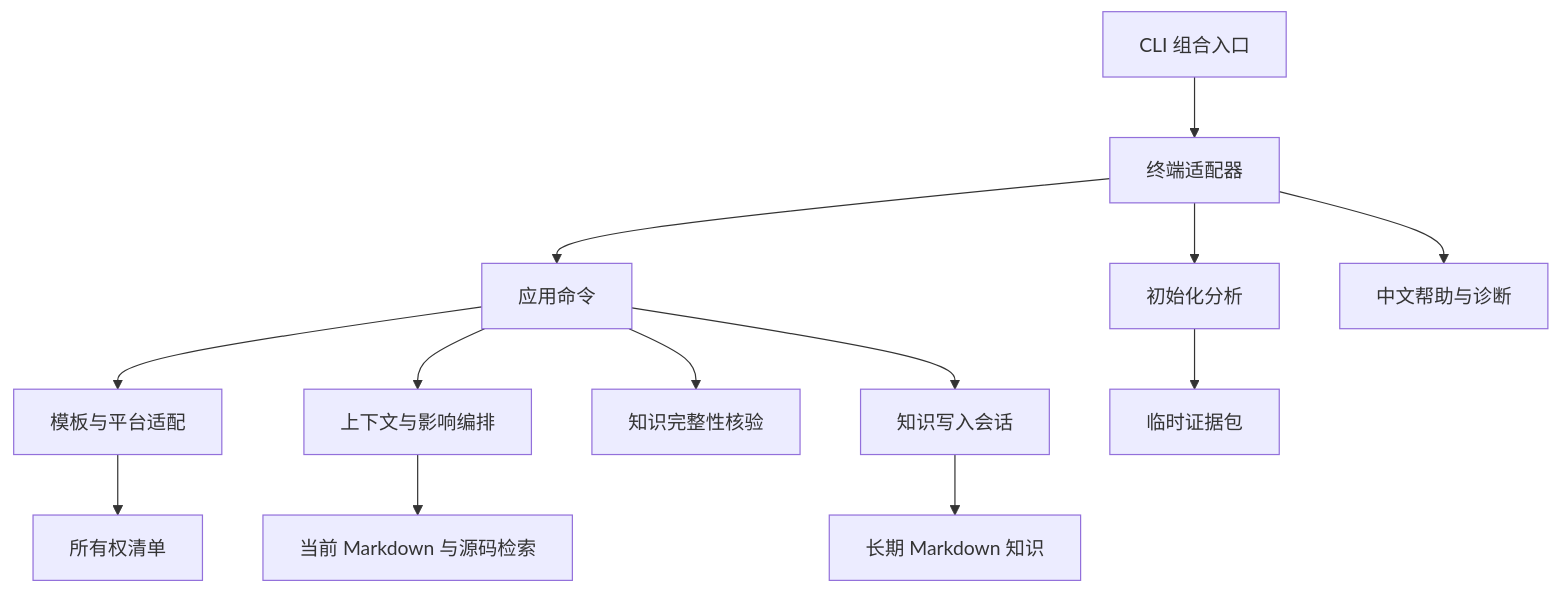
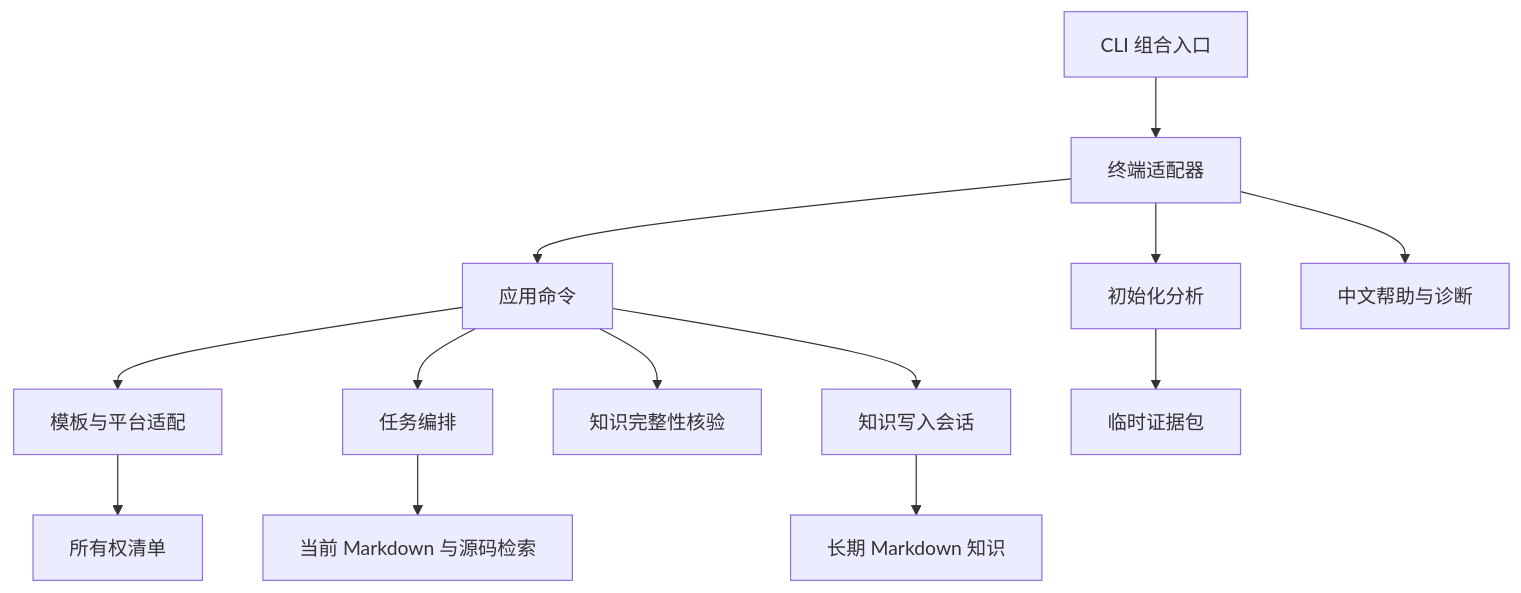
Before and after one commit to tencentmusic/modus: the diagram in ARCHITECTURE.md, drawn with Mermaid. The commit also changed other lines of this file and 84 other files, not shown here.

````diff
--- a/ARCHITECTURE.md
+++ b/ARCHITECTURE.md
@@ -23,15 +15,15 @@
 ```mermaid
 flowchart TB
     CLI[CLI 组合入口] --> Terminal[终端适配器]
     Terminal --> Commands[应用命令]
     Terminal --> Machine[初始化分析]
     Terminal --> Display[中文帮助与诊断]
     Commands --> Install[模板与平台适配]
-    Commands --> Orchestration[上下文与影响编排]
+    Commands --> Orchestration[任务编排]
     Orchestration --> Retrieval[当前 Markdown 与源码检索]
     Commands --> Verify[知识完整性核验]
     Commands --> Writes[知识写入会话]
     Install --> Manifest[所有权清单]
     Machine --> Cache[临时证据包]
     Writes --> Knowledge[长期 Markdown 知识]
 ```
````
